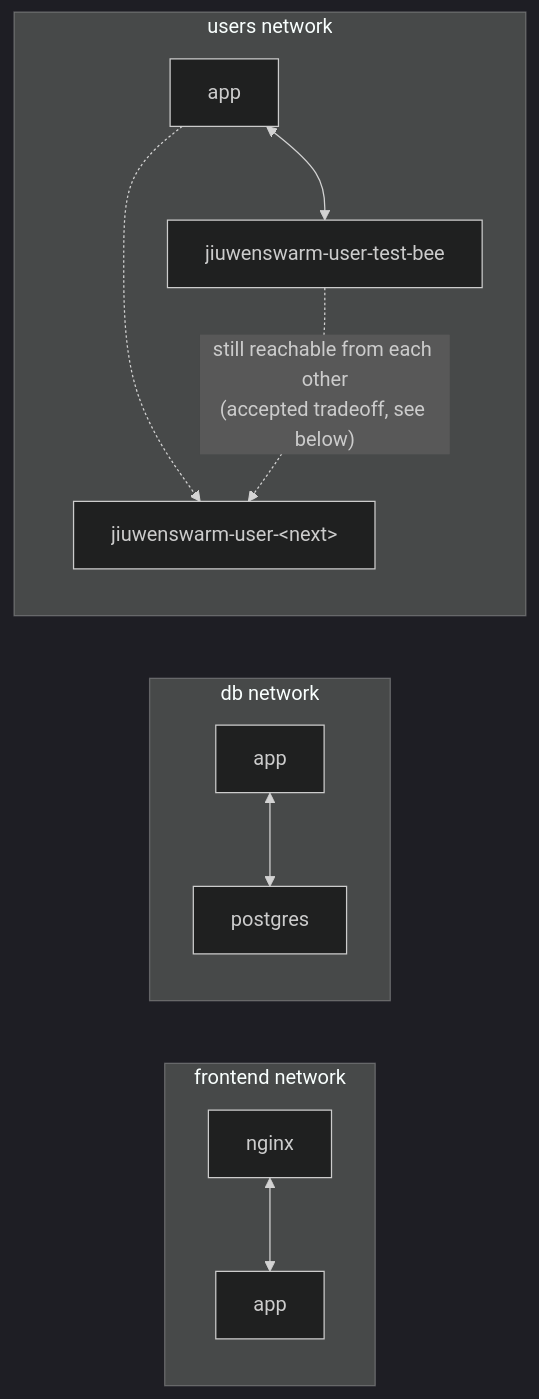
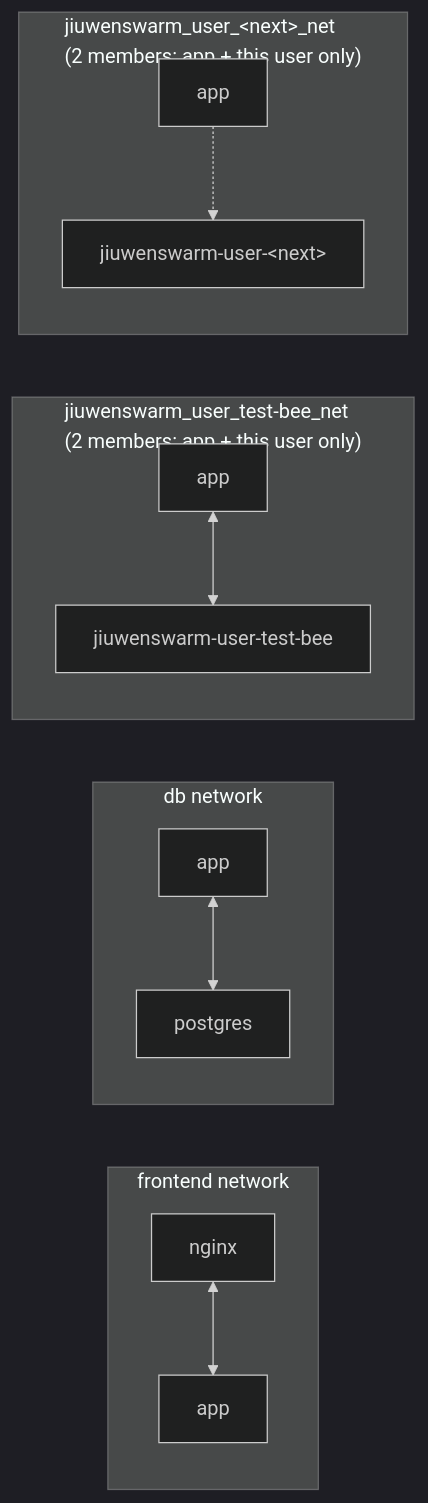
Before and after one commit to alexbhyeo/jiuwenswarm: the second of 4 diagrams in deploy/architecture.md, drawn with Mermaid (dark theme). The commit also changed other lines of this file and 1 other file, not shown here.

First line of the commit message:
Update architecture.md for per-user network isolation; fix teardown steps

````diff
--- a/deploy/architecture.md
+++ b/deploy/architecture.md
@@ -67,22 +73,24 @@
 ```mermaid
 graph LR
     subgraph frontend["frontend network"]
         Nginx1["nginx"]
         App1["app"]
     end
     subgraph db["db network"]
         App2["app"]
         PG["postgres"]
     end
-    subgraph users["users network"]
+    subgraph net_tb["jiuwenswarm_user_test-bee_net<br/>(2 members: app + this user only)"]
         App3["app"]
         TB["jiuwenswarm-user-test-bee"]
+    end
+    subgraph net_next["jiuwenswarm_user_&lt;next&gt;_net<br/>(2 members: app + this user only)"]
+        App4["app"]
         TN["jiuwenswarm-user-&lt;next&gt;"]
     end
 
     Nginx1 <--> App1
     App2 <--> PG
     App3 <--> TB
-    App3 -.-> TN
-    TB -.->|"still reachable from each other<br/>(accepted tradeoff, see below)"| TN
+    App4 -.-> TN
 ```
````
